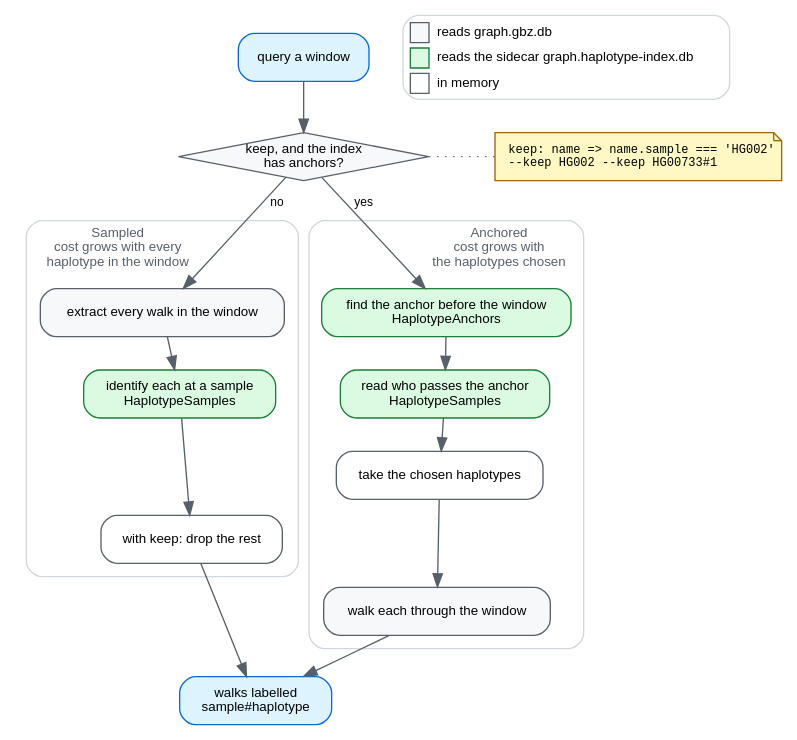
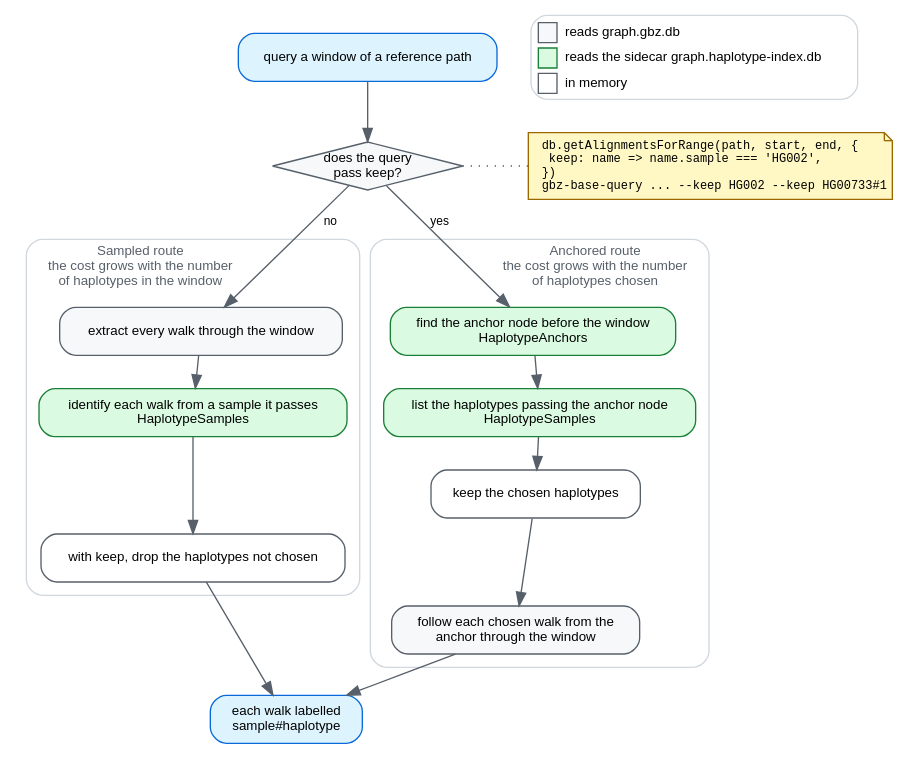
The diagram in docs/img/naming-routes.dot (GMOD/gbz-base-js), drawn with Graphviz before and after one commit. The commit also changed 5 other files, not shown here.

First line of the commit message:
Docs: redraw the naming-route diagrams, say when keep applies

```diff
--- a/docs/img/naming-routes.dot
+++ b/docs/img/naming-routes.dot
@@ -1,74 +1,74 @@
 // Source for docs/img/naming-routes.svg, which docs/haplotype-index.md embeds.
 // Regenerate with: dot -Tsvg docs/img/naming-routes.dot -o docs/img/naming-routes.svg
 // Palette matches dataflow.dot.
 //
 // Main paths only. The anchored route's two fallbacks (a chosen haplotype
 // missing from the anchor, a walk that never reaches the window) are prose in
 // haplotype-index.md; drawn, their dashed edges crossed both clusters and
 // buried the choice the diagram exists to show.
 digraph namingroutes {
   rankdir=TB
   bgcolor="white"
   nodesep=0.35
   ranksep=0.32
   newrank=true
   node [shape=box style="filled,rounded" fillcolor="#f6f8fa" color="#57606a"
         fontname="Helvetica" fontsize=10 margin="0.14,0.07"]
   edge [color="#57606a" fontname="Helvetica" fontsize=9]
 
-  query  [label="query a window" fillcolor="#ddf4ff" color="#0969da"]
-  choose [label="keep, and the index\nhas anchors?" shape=diamond style=filled margin="0.02,0.02"]
-  how    [label="keep: name => name.sample === 'HG002'\l--keep HG002 --keep HG00733#1\l"
+  query  [label="query a window of a reference path" fillcolor="#ddf4ff" color="#0969da"]
+  choose [label="does the query\npass keep?" shape=diamond style=filled margin="0.02,0.02"]
+  how    [label="db.getAlignmentsForRange(path, start, end, {\l  keep: name => name.sample === 'HG002',\l})\lgbz-base-query ... --keep HG002 --keep HG00733#1\l"
           shape=note fontname="Courier" fontsize=9 fillcolor="#fff8c5" color="#9a6700"]
   { rank=same; choose; how }
   choose -> how [style=dotted arrowhead=none]
-  out    [label="walks labelled\nsample#haplotype" fillcolor="#ddf4ff" color="#0969da"]
+  out    [label="each walk labelled\nsample#haplotype" fillcolor="#ddf4ff" color="#0969da"]
 
   legend [shape=plaintext style="" margin=0 label=<
     <table border="1" color="#d0d7de" cellborder="0" cellspacing="4" cellpadding="2" style="rounded">
       <tr><td border="1" bgcolor="#f6f8fa" color="#57606a" width="14"></td><td align="left">reads graph.gbz.db</td></tr>
       <tr><td border="1" bgcolor="#dafbe1" color="#1a7f37" width="14"></td><td align="left">reads the sidecar graph.haplotype-index.db</td></tr>
       <tr><td border="1" bgcolor="white" color="#57606a" width="14"></td><td align="left">in memory</td></tr>
     </table>>]
   { rank=same; query; legend }
 
   query -> choose
 
   subgraph cluster_sampled {
-    label="Sampled\ncost grows with every\nhaplotype in the window"
+    label="Sampled route\nthe cost grows with the number\nof haplotypes in the window"
     labelloc="t"
     labeljust="l"
     fontname="Helvetica"
     fontsize=10
     fontcolor="#57606a"
     color="#d0d7de"
     style="rounded"
     margin=10
-    s1 [label="extract every walk in the window"]
-    s2 [label="identify each at a sample\nHaplotypeSamples" fillcolor="#dafbe1" color="#1a7f37"]
-    s3 [label="with keep: drop the rest" fillcolor="white"]
+    s1 [label="extract every walk through the window"]
+    s2 [label="identify each walk from a sample it passes\nHaplotypeSamples" fillcolor="#dafbe1" color="#1a7f37"]
+    s3 [label="with keep, drop the haplotypes not chosen" fillcolor="white"]
     s1 -> s2 -> s3
   }
 
   subgraph cluster_anchored {
-    label="Anchored\ncost grows with\nthe haplotypes chosen"
+    label="Anchored route\nthe cost grows with the number\nof haplotypes chosen"
     labelloc="t"
     labeljust="r"
     fontname="Helvetica"
     fontsize=10
     fontcolor="#57606a"
     color="#d0d7de"
     style="rounded"
     margin=10
-    a1 [label="find the anchor before the window\nHaplotypeAnchors" fillcolor="#dafbe1" color="#1a7f37"]
-    a2 [label="read who passes the anchor\nHaplotypeSamples" fillcolor="#dafbe1" color="#1a7f37"]
-    a2b [label="take the chosen haplotypes" fillcolor="white"]
-    a3 [label="walk each through the window"]
+    a1 [label="find the anchor node before the window\nHaplotypeAnchors" fillcolor="#dafbe1" color="#1a7f37"]
+    a2 [label="list the haplotypes passing the anchor node\nHaplotypeSamples" fillcolor="#dafbe1" color="#1a7f37"]
+    a2b [label="keep the chosen haplotypes" fillcolor="white"]
+    a3 [label="follow each chosen walk from the\nanchor through the window"]
     a1 -> a2 -> a2b -> a3
   }
 
   choose -> s1 [label=" no "]
   choose -> a1 [label=" yes "]
   s3 -> out
   a3 -> out
 }
```
